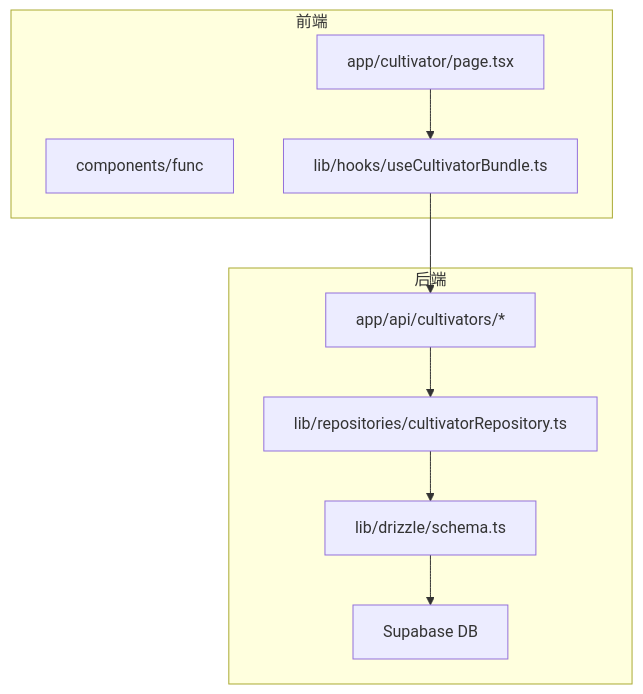
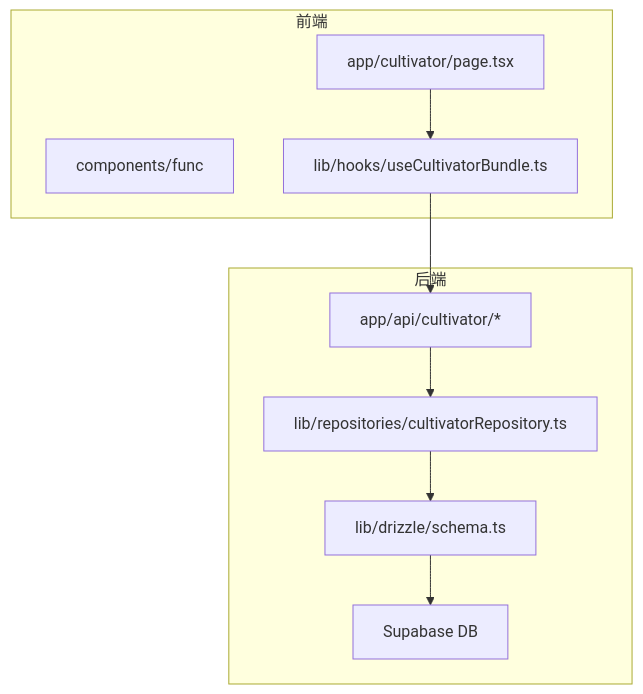
One commit to ChurchTao/Daoyou changed the first of 8 diagrams in .qoder/repowiki/zh/content/核心功能模块/角色系统/角色系统.md. Above: the diagram before and after it, drawn with Mermaid. The commit also changed other lines of this file and 41 other files, not shown here.

````diff
--- a/.qoder/repowiki/zh/content/核心功能模块/角色系统/角色系统.md
+++ b/.qoder/repowiki/zh/content/核心功能模块/角色系统/角色系统.md
@@ -52,19 +53,19 @@
 ```mermaid
 graph TB
 subgraph "前端"
 A[app/cultivator/page.tsx]
 B[components/func]
 C[lib/hooks/useCultivatorBundle.ts]
 end
 subgraph "后端"
-D[app/api/cultivators/*]
+D[app/api/cultivator/*]
 E[lib/repositories/cultivatorRepository.ts]
 F[lib/drizzle/schema.ts]
 G[Supabase DB]
 end
 A --> C
 C --> D
 D --> E
 E --> F
 F --> G
 ```
````
